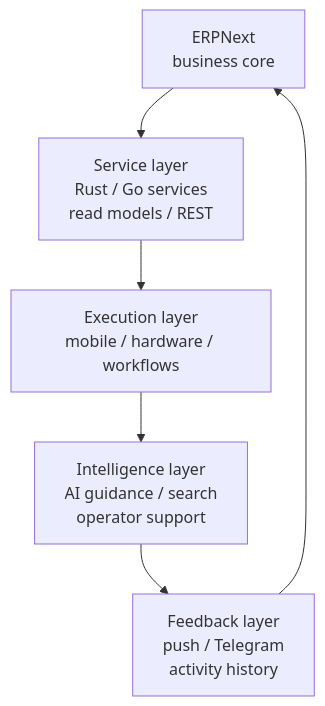
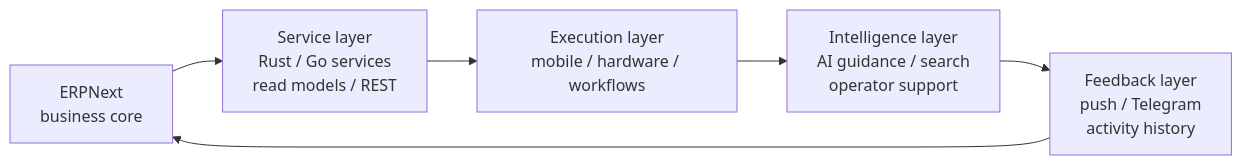
One commit to WIKKIwk/WIKKIwk changed the diagram in README.md. Above: the diagram before and after it, drawn with Mermaid.

Commit message:
Make ecosystem diagram horizontal

````diff
--- a/README.md
+++ b/README.md
@@ -80,14 +80,14 @@
 ```mermaid
-flowchart TB
+flowchart LR
     ERP["ERPNext<br/>business core"]
     Services["Service layer<br/>Rust / Go services<br/>read models / REST"]
     Execution["Execution layer<br/>mobile / hardware / workflows"]
     Intelligence["Intelligence layer<br/>AI guidance / search<br/>operator support"]
     Feedback["Feedback layer<br/>push / Telegram<br/>activity history"]
 
     ERP --> Services
     Services --> Execution
     Execution --> Intelligence
     Intelligence --> Feedback
     Feedback --> ERP
 ```
````
